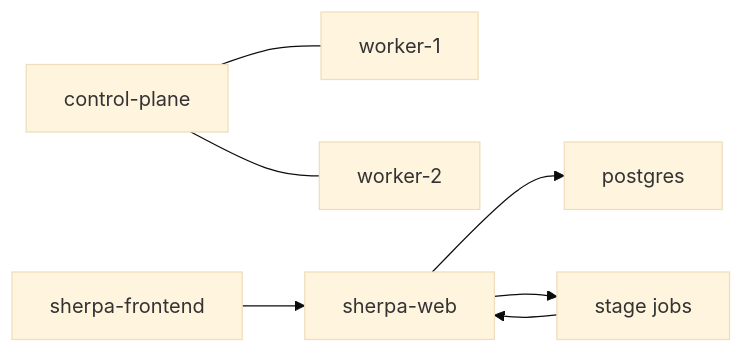
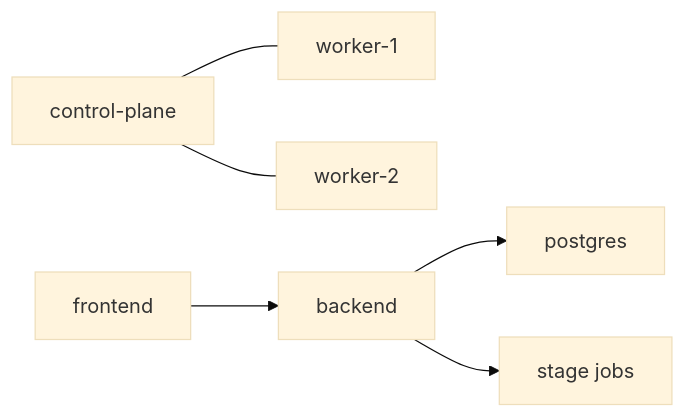
Before and after one commit to ZUENS2020/Sherpa: the diagram in docs/k8s/ORIGINAL_K8S_CLUSTER_DEPLOYMENT.md, drawn with Mermaid (base theme). The commit also changed other lines of this file and 17 other files, not shown here.

````diff
--- a/docs/k8s/ORIGINAL_K8S_CLUSTER_DEPLOYMENT.md
+++ b/docs/k8s/ORIGINAL_K8S_CLUSTER_DEPLOYMENT.md
@@ -13,17 +20,16 @@
 ```mermaid
 flowchart LR
   CP["control-plane"]
   W1["worker-1"]
   W2["worker-2"]
-  FE["sherpa-frontend"]
-  API["sherpa-web"]
+  API["backend"]
+  FE["frontend"]
   DB["postgres"]
   JOB["stage jobs"]
 
   CP --- W1
   CP --- W2
-  FE --> API
   API --> DB
   API --> JOB
-  JOB --> API
+  FE --> API
 ```
````
